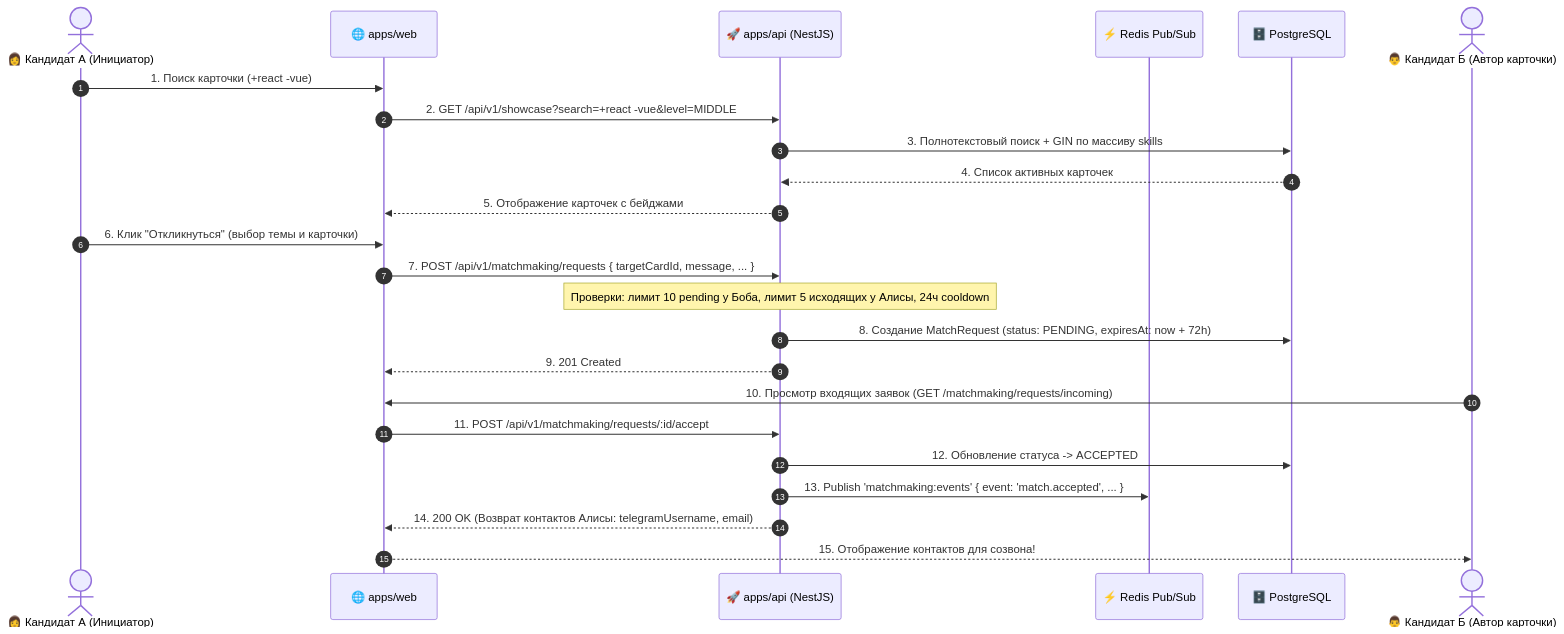
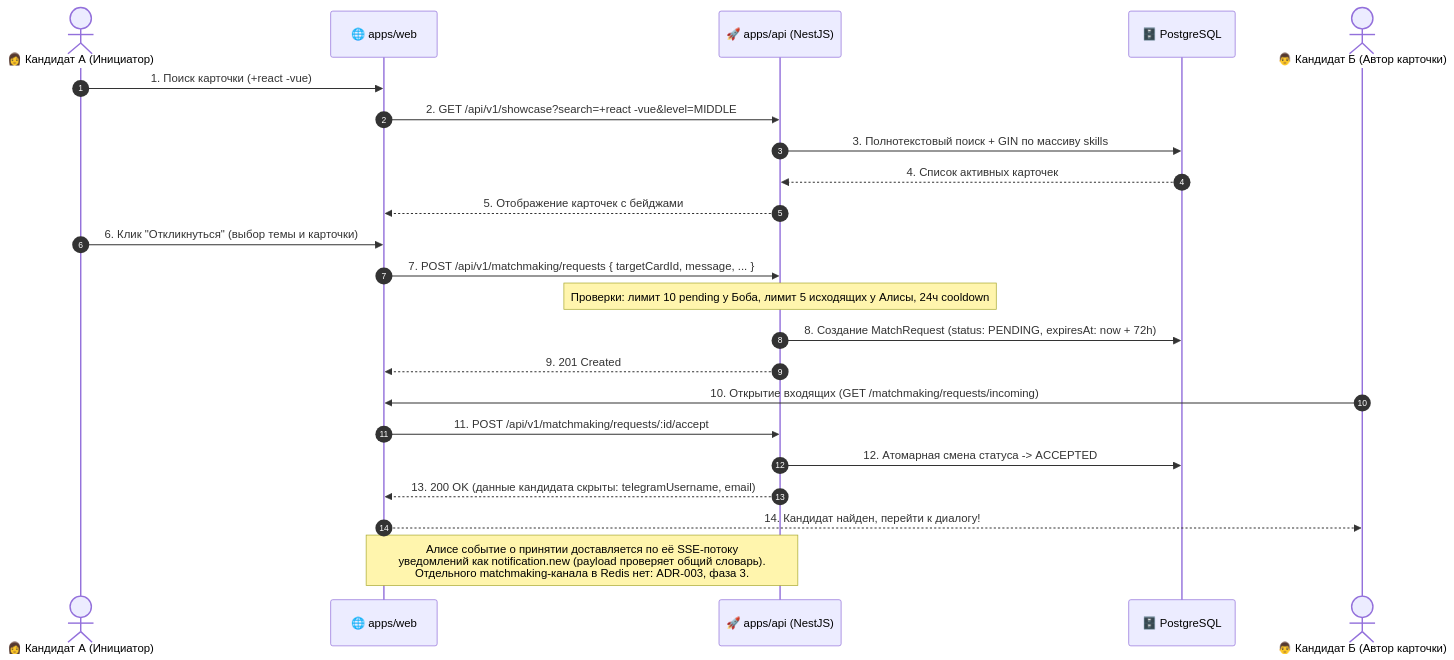
One commit to Riko4502/MockInterviewAI changed the diagram in docs/tasks/showcase-matchmaking.md. Above: the diagram before and after it, drawn with Mermaid. The commit also changed other lines of this file and 5 other files, not shown here.

````diff
--- a/docs/tasks/showcase-matchmaking.md
+++ b/docs/tasks/showcase-matchmaking.md
@@ -9,31 +9,31 @@
 ```mermaid
 sequenceDiagram
     autonumber
     actor Alice as 👩 Кандидат А (Инициатор)
     participant Web as 🌐 apps/web
     participant API as 🚀 apps/api (NestJS)
-    participant Redis as ⚡ Redis Pub/Sub
     participant DB as 🗄️ PostgreSQL
     actor Bob as 👨 Кандидат Б (Автор карточки)
 
     Alice->>Web: 1. Поиск карточки (+react -vue)
     Web->>API: 2. GET /api/v1/showcase?search=+react -vue&level=MIDDLE
     API->>DB: 3. Полнотекстовый поиск + GIN по массиву skills
     DB-->>API: 4. Список активных карточек
     API-->>Web: 5. Отображение карточек с бейджами
 
     Alice->>Web: 6. Клик "Откликнуться" (выбор темы и карточки)
     Web->>API: 7. POST /api/v1/matchmaking/requests { targetCardId, message, ... }
     
     Note over API: Проверки: лимит 10 pending у Боба, лимит 5 исходящих у Алисы, 24ч cooldown
     API->>DB: 8. Создание MatchRequest (status: PENDING, expiresAt: now + 72h)
     API-->>Web: 9. 201 Created
 
-    Bob->>Web: 10. Просмотр входящих заявок (GET /matchmaking/requests/incoming)
+    Bob->>Web: 10. Открытие входящих (GET /matchmaking/requests/incoming)
     Web->>API: 11. POST /api/v1/matchmaking/requests/:id/accept
     
-    API->>DB: 12. Обновление статуса -> ACCEPTED
-    API->>Redis: 13. Publish 'matchmaking:events' { event: 'match.accepted', ... }
-    API-->>Web: 14. 200 OK (Возврат контактов Алисы: telegramUsername, email)
-    Web-->>Bob: 15. Отображение контактов для созвона!
+    API->>DB: 12. Атомарная смена статуса -> ACCEPTED
+    API-->>Web: 13. 200 OK (данные кандидата скрыты: telegramUsername, email)
+    Web-->>Bob: 14. Кандидат найден, перейти к диалогу!
+
+    Note over Web,API: Алисе событие о принятии доставляется по её SSE-потоку<br/>уведомлений как notification.new (payload проверяет общий словарь).<br/>Отдельного matchmaking-канала в Redis нет: ADR-003, фаза 3.
 ```
````
